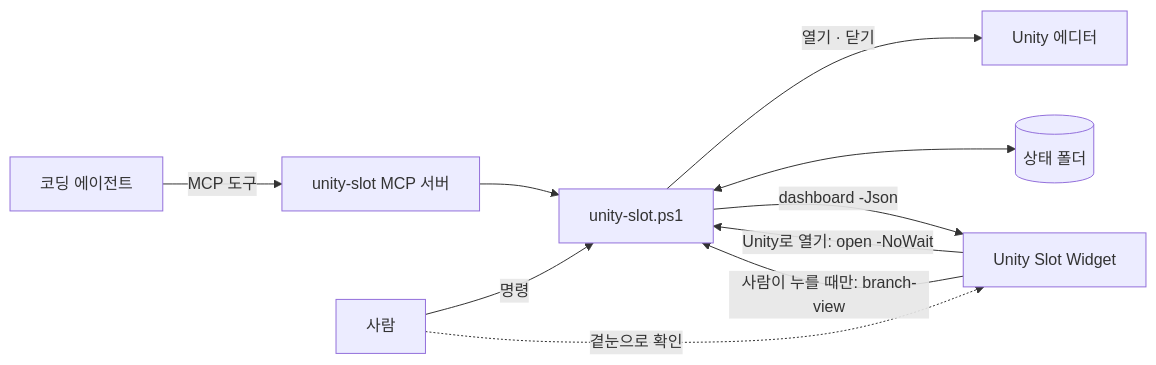
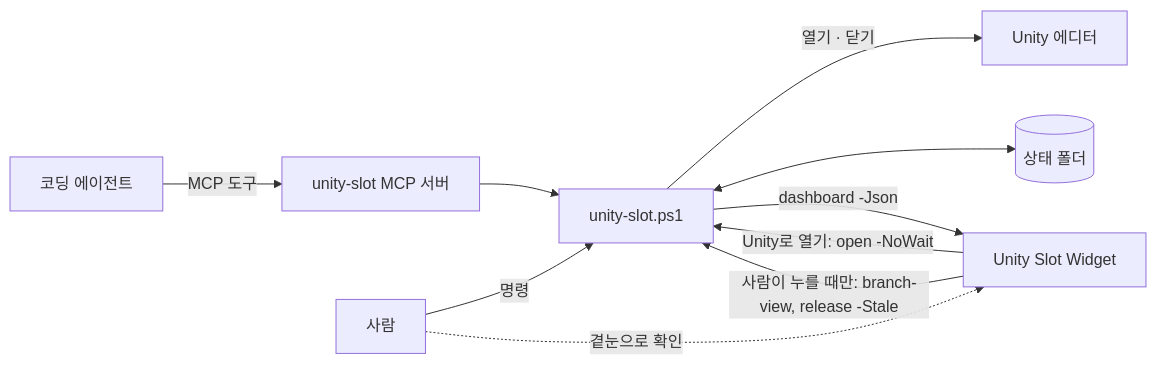
The second of 2 diagrams in README.md (cyKim0115/unity-slot-widget), drawn with Mermaid before and after one commit. The commit also changed other lines of this file and 10 other files, not shown here.

````diff
--- a/README.md
+++ b/README.md
@@ -150,12 +151,12 @@
 ```mermaid
 flowchart LR
     agent["코딩 에이전트"] -- "MCP 도구" --> mcp["unity-slot MCP 서버"]
     person["사람"] -- "명령" --> cli["unity-slot.ps1"]
     mcp --> cli
     cli -- "열기 · 닫기" --> editor["Unity 에디터"]
     cli <--> state[("상태 폴더")]
     cli -- "dashboard -Json" --> widget["Unity Slot Widget"]
     widget -- "Unity로 열기: open -NoWait" --> cli
-    widget -- "사람이 누를 때만: branch-view" --> cli
+    widget -- "사람이 누를 때만: branch-view, release -Stale" --> cli
     person -. "곁눈으로 확인" .-> widget
 ```
````
